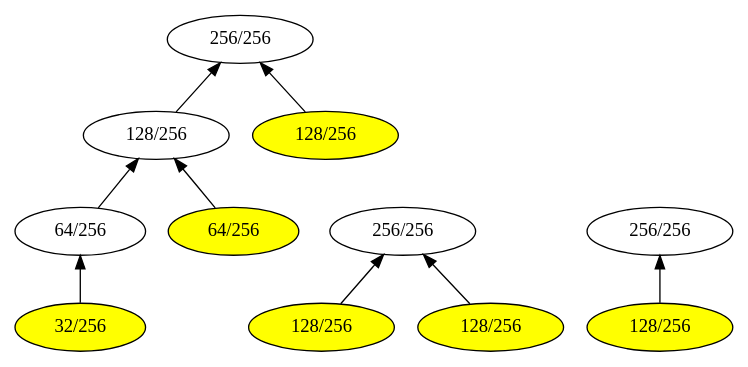
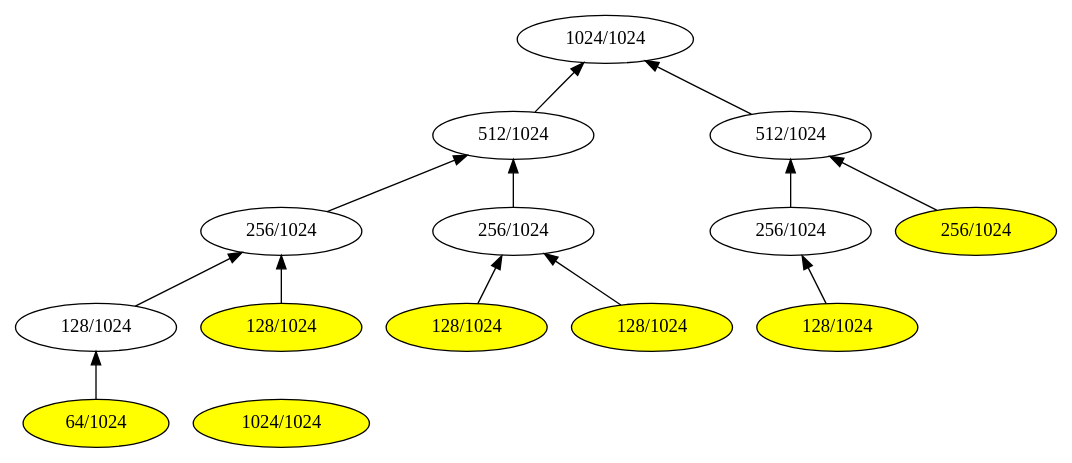
One commit to iitramar/guiTool changed the diagram in GuiTool/image/Remia/RemiaHeapDot.dot. Above: the diagram before and after it, drawn with Graphviz. The commit also changed 61 other files, not shown here.

```diff
--- a/GuiTool/image/Remia/RemiaHeapDot.dot
+++ b/GuiTool/image/Remia/RemiaHeapDot.dot
@@ -1,28 +1,36 @@
 digraph G { 
 rankdir = BT;
-101[label= " 256/256 " ];
-202[label= " 128/256 " ];
+101[label= " 1024/1024 " ];
+202[label= " 512/1024 " ];
 202->101
-203[label= " 128/256 " ];
+203[label= " 512/1024 " ];
 203->101
-404[label= " 64/256 " ];
+404[label= " 256/1024 " ];
 404->202
-405[label= " 64/256 " ];
+405[label= " 256/1024 " ];
 405->202
-808[label= " 32/256 " ];
+808[label= " 128/1024 " ];
 808->404
-808[style=filled, fillcolor=yellow];
-405[style=filled, fillcolor=yellow];
-203[style=filled, fillcolor=yellow];
-201[label= " 256/256 " ];
-402[label= " 128/256 " ];
-402->201
-403[label= " 128/256 " ];
-403->201
-402[style=filled, fillcolor=yellow];
-403[style=filled, fillcolor=yellow];
-301[label= " 256/256 " ];
-602[label= " 128/256 " ];
-602->301
-602[style=filled, fillcolor=yellow];
+809[label= " 128/1024 " ];
+809->404
+1616[label= " 64/1024 " ];
+1616->808
+1616[style=filled, fillcolor=yellow];
+809[style=filled, fillcolor=yellow];
+810[label= " 128/1024 " ];
+810->405
+811[label= " 128/1024 " ];
+811->405
+810[style=filled, fillcolor=yellow];
+811[style=filled, fillcolor=yellow];
+406[label= " 256/1024 " ];
+406->203
+407[label= " 256/1024 " ];
+407->203
+812[label= " 128/1024 " ];
+812->406
+812[style=filled, fillcolor=yellow];
+407[style=filled, fillcolor=yellow];
+201[label= " 1024/1024 " ];
+201[style=filled, fillcolor=yellow];
 }
```
